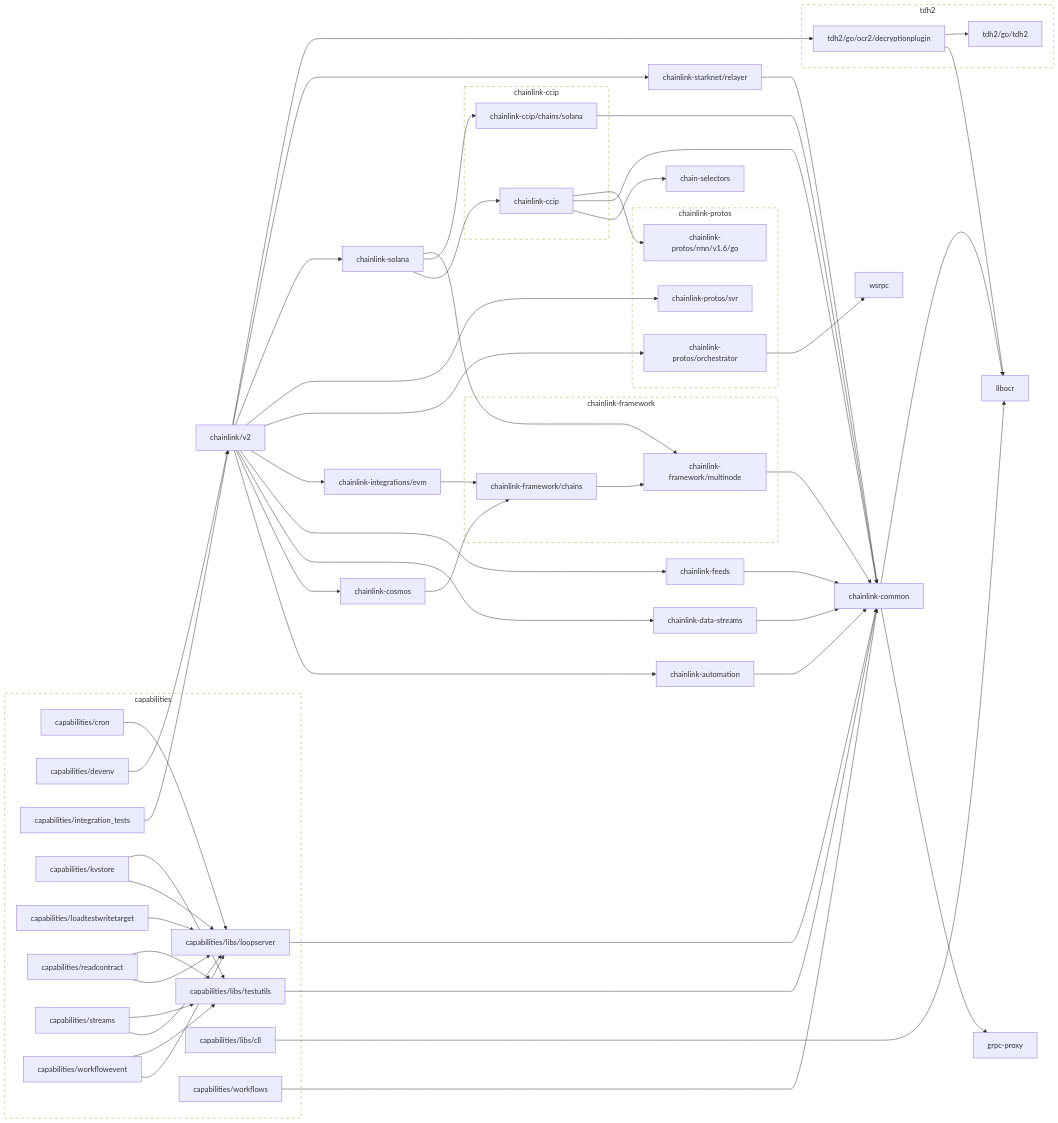
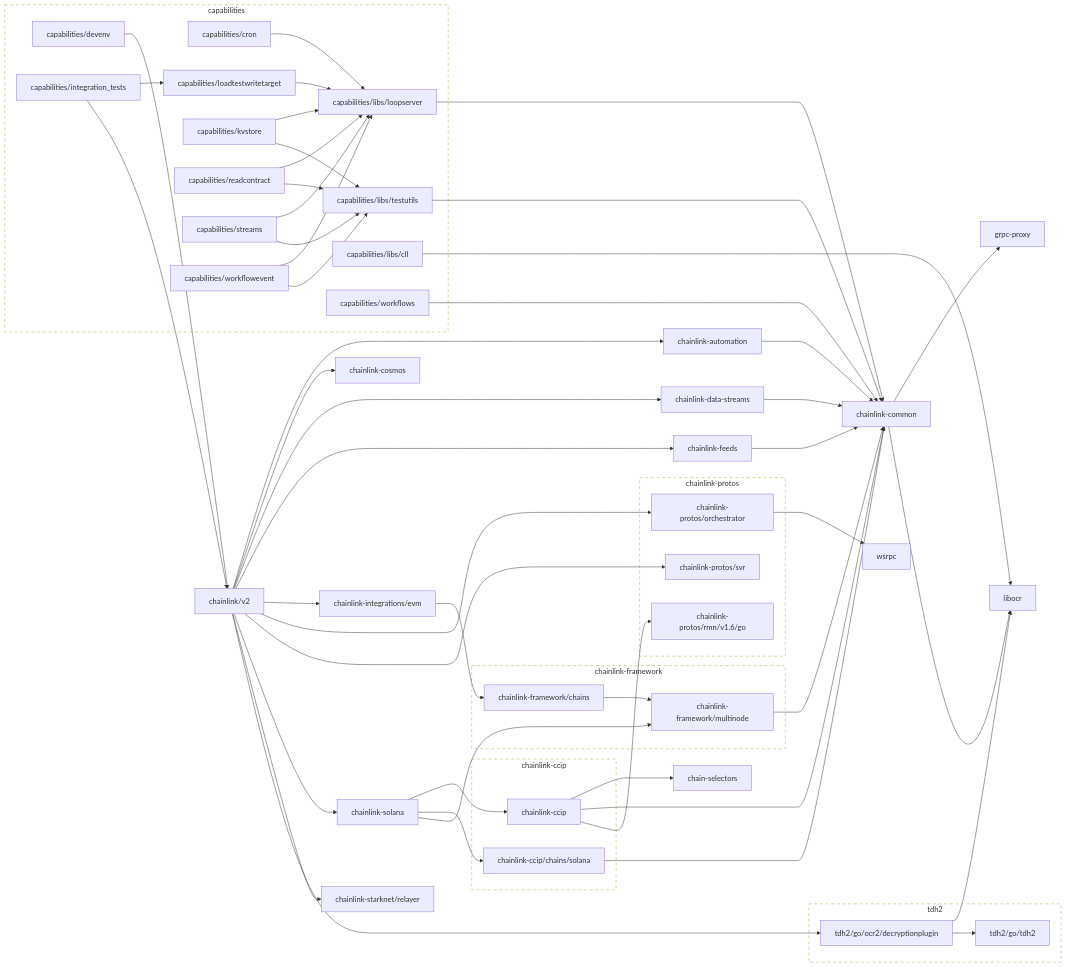
The diagram in go.md (smartcontractkit/capabilities), drawn with Mermaid before and after one commit. The commit also changed 1 other file, not shown here.

```diff
--- a/go.md
+++ b/go.md
@@ -6,6 +6,7 @@
 	click capabilities/cron href "https://github.com/smartcontractkit/capabilities"
 	capabilities/devenv --> chainlink/v2
 	click capabilities/devenv href "https://github.com/smartcontractkit/capabilities"
+	capabilities/integration_tests --> capabilities/loadtestwritetarget
 	capabilities/integration_tests --> chainlink/v2
 	click capabilities/integration_tests href "https://github.com/smartcontractkit/capabilities"
 	capabilities/kvstore --> capabilities/libs/loopserver
@@ -43,7 +44,7 @@
 	chainlink-common --> grpc-proxy
 	chainlink-common --> libocr
 	click chainlink-common href "https://github.com/smartcontractkit/chainlink-common"
-	chainlink-cosmos --> chainlink-framework/chains
+	chainlink-cosmos
 	click chainlink-cosmos href "https://github.com/smartcontractkit/chainlink-cosmos"
 	chainlink-data-streams --> chainlink-common
 	click chainlink-data-streams href "https://github.com/smartcontractkit/chainlink-data-streams"
@@ -65,7 +66,7 @@
 	chainlink-solana --> chainlink-ccip/chains/solana
 	chainlink-solana --> chainlink-framework/multinode
 	click chainlink-solana href "https://github.com/smartcontractkit/chainlink-solana"
-	chainlink-starknet/relayer --> chainlink-common
+	chainlink-starknet/relayer
 	click chainlink-starknet/relayer href "https://github.com/smartcontractkit/chainlink-starknet"
 	chainlink/v2 --> chainlink-automation
 	chainlink/v2 --> chainlink-cosmos
```
